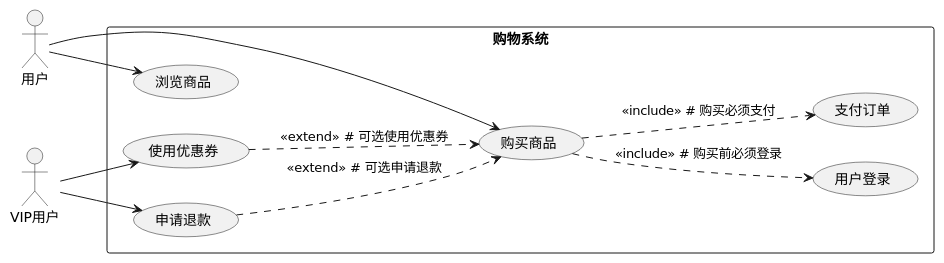
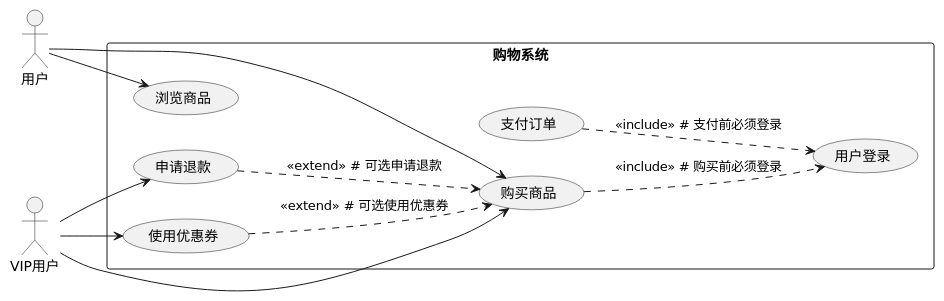
Before and after one commit to Moonlight168/blog: the diagram in src/series/knowledge/基础知识/软件设计.md, drawn with PlantUML. The commit also changed other lines of this file and 17 other files, not shown here.

````diff
--- a/src/series/knowledge/基础知识/软件设计.md
+++ b/src/series/knowledge/基础知识/软件设计.md
@@ -27,28 +23,27 @@
-```plantuml
 @startuml
 left to right direction
 skinparam packageStyle rectangle
 
 actor 用户
 actor VIP用户
 
 rectangle "购物系统" {
   usecase "浏览商品" as UC1
   usecase "购买商品" as UC2
   usecase "用户登录" as UC3  
   usecase "支付订单" as UC4
   usecase "使用优惠券" as UC5
   usecase "申请退款" as UC6
   
   UC2 ..> UC3 : <<include>>  # 购买前必须登录
-  UC2 ..> UC4 : <<include>>  # 购买必须支付
+  UC4 ..> UC3 : <<include>>  # 支付前必须登录
   UC5 ..> UC2 : <<extend>>   # 可选使用优惠券
   UC6 ..> UC2 : <<extend>>   # 可选申请退款
 }
 
 用户 --> UC1
 用户 --> UC2
+VIP用户 --> UC2
 VIP用户 --> UC5
 VIP用户 --> UC6
 @enduml
-```
````
